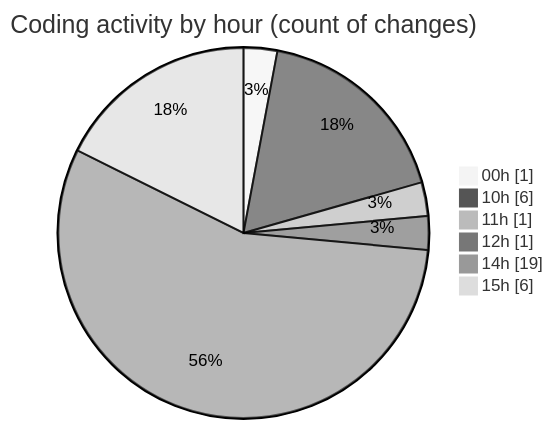
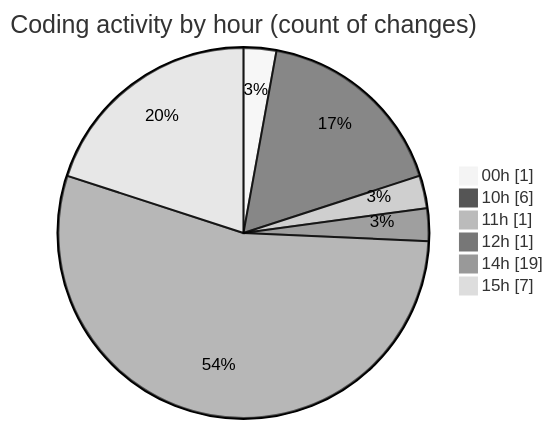
Before and after one commit to JenPaints/code-tracking: the second of 2 diagrams in 2025-07-25/cohera/README.md, drawn with Mermaid (neutral theme). The commit also changed other lines of this file and 1 other file, not shown here.

````diff
--- a/2025-07-25/cohera/README.md
+++ b/2025-07-25/cohera/README.md
@@ -39,10 +39,10 @@
 ```mermaid
 pie showData
 title Coding activity by hour (count of changes)
 "00h" : 1
 "10h" : 6
 "11h" : 1
 "12h" : 1
 "14h" : 19
-"15h" : 6
+"15h" : 7
 ```
````
